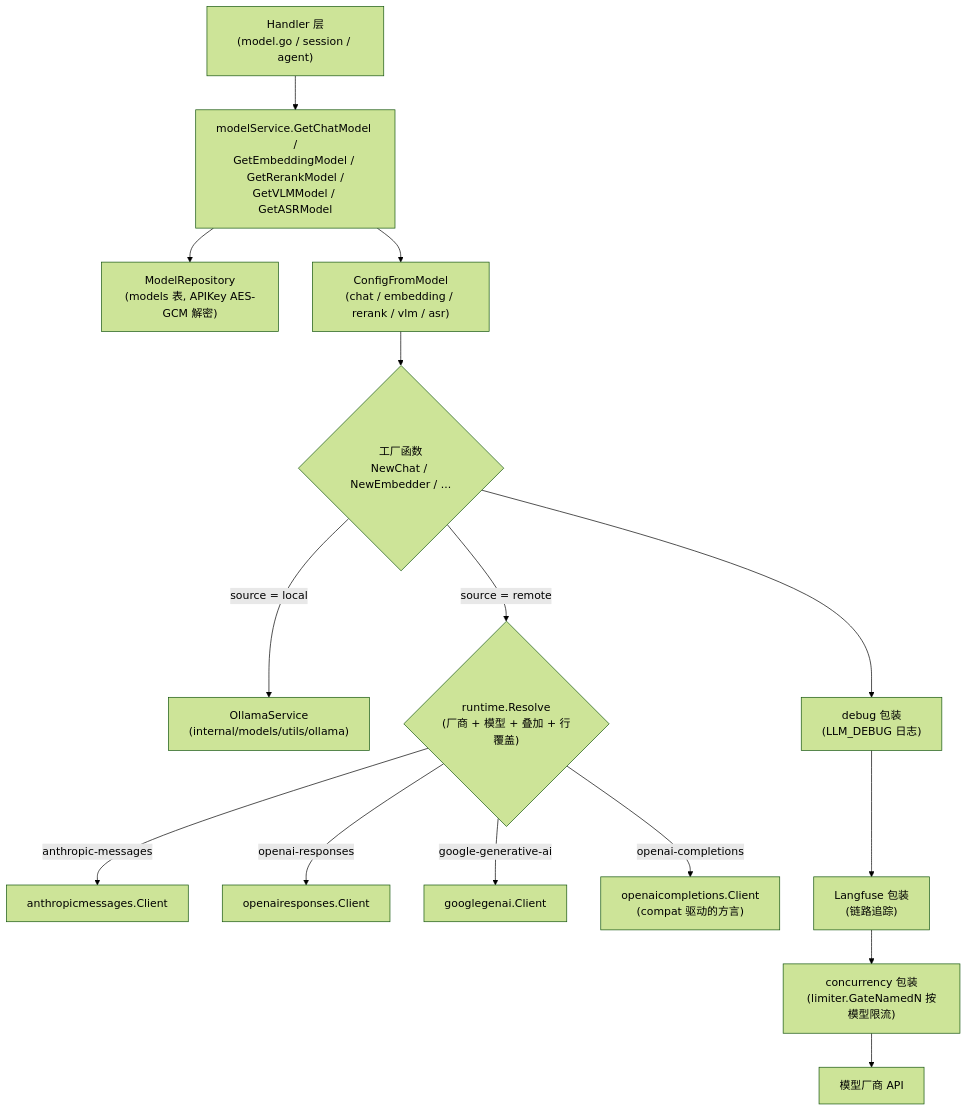
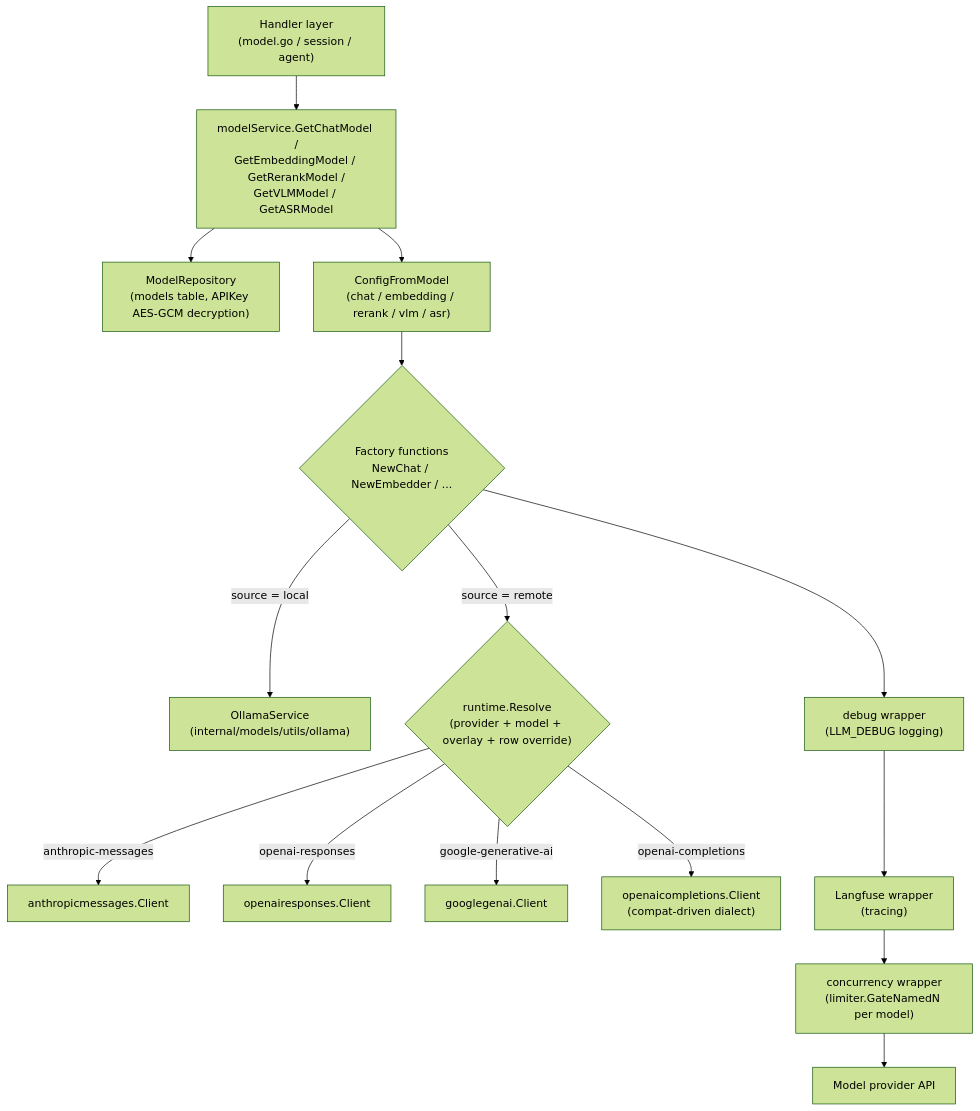
One commit to jrmatherly/ai-kb changed the diagram in website-docs/03-features/06-models.md. Above: the diagram before and after it, drawn with Mermaid (forest theme). The commit also changed other lines of this file and 11 other files, not shown here.

First line of the commit message:
docs(features): translate batch 1 (agent, models, MCP, document parsing, knowledge base)

````diff
--- a/website-docs/03-features/06-models.md
+++ b/website-docs/03-features/06-models.md
@@ -588,17 +594,17 @@
 ```mermaid
 flowchart TD
-    H["Handler 层<br/>(model.go / session / agent)"] --> S["modelService.GetChatModel /<br/>GetEmbeddingModel / GetRerankModel /<br/>GetVLMModel / GetASRModel"]
-    S --> R["ModelRepository<br/>(models 表, APIKey AES-GCM 解密)"]
+    H["Handler layer<br/>(model.go / session / agent)"] --> S["modelService.GetChatModel /<br/>GetEmbeddingModel / GetRerankModel /<br/>GetVLMModel / GetASRModel"]
+    S --> R["ModelRepository<br/>(models table, APIKey AES-GCM decryption)"]
     S --> CF["ConfigFromModel<br/>(chat / embedding / rerank / vlm / asr)"]
-    CF --> F{"工厂函数<br/>NewChat / NewEmbedder / ..."}
+    CF --> F{"Factory functions<br/>NewChat / NewEmbedder / ..."}
     F -->|"source = local"| OL["OllamaService<br/>(internal/models/utils/ollama)"]
-    F -->|"source = remote"| PD{"runtime.Resolve<br/>(厂商 + 模型 + 叠加 + 行覆盖)"}
+    F -->|"source = remote"| PD{"runtime.Resolve<br/>(provider + model + overlay + row override)"}
     PD -->|"anthropic-messages"| AN["anthropicmessages.Client"]
     PD -->|"openai-responses"| RS["openairesponses.Client"]
     PD -->|"google-generative-ai"| GG["googlegenai.Client"]
-    PD -->|"openai-completions"| OA["openaicompletions.Client<br/>(compat 驱动的方言)"]
-    F --> W1["debug 包装<br/>(LLM_DEBUG 日志)"]
-    W1 --> W2["Langfuse 包装<br/>(链路追踪)"]
-    W2 --> W3["concurrency 包装<br/>(limiter.GateNamedN 按模型限流)"]
-    W3 --> P["模型厂商 API"]
+    PD -->|"openai-completions"| OA["openaicompletions.Client<br/>(compat-driven dialect)"]
+    F --> W1["debug wrapper<br/>(LLM_DEBUG logging)"]
+    W1 --> W2["Langfuse wrapper<br/>(tracing)"]
+    W2 --> W3["concurrency wrapper<br/>(limiter.GateNamedN per model)"]
+    W3 --> P["Model provider API"]
 ```
````
